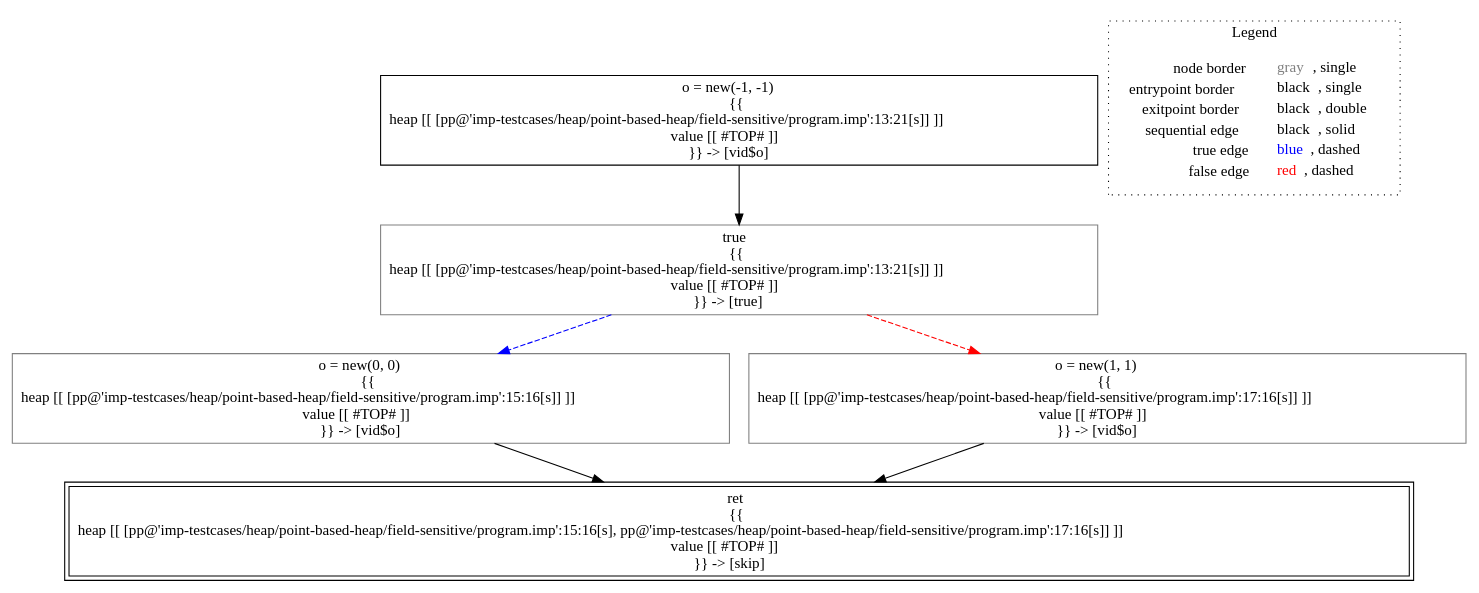
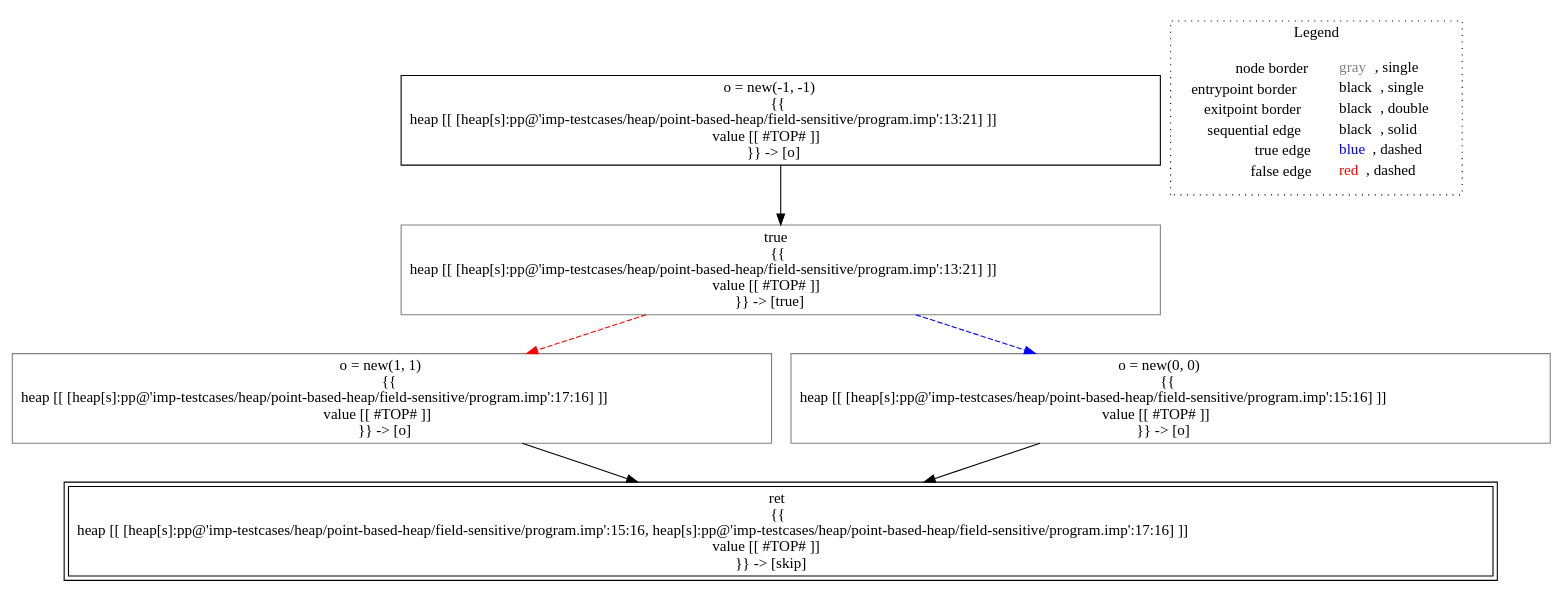
Before and after one commit to lisa-analyzer/lisa: the diagram in lisa/imp-testcases/heap/point-based-heap/field-sensitive/analysis___untyped_A.f2(A_this).dot, drawn with Graphviz. The commit also changed 65 other files, not shown here.

```diff
--- a/lisa/imp-testcases/heap/point-based-heap/field-sensitive/analysis___untyped_A.f2(A_this).dot
+++ b/lisa/imp-testcases/heap/point-based-heap/field-sensitive/analysis___untyped_A.f2(A_this).dot
@@ -1,19 +1,19 @@
 digraph {
-	"node0" [shape="rect",color="black",label=<o = new(-1, -1)<BR/>{{<BR/>heap [[ [pp@'imp-testcases/heap/point-based-heap/field-sensitive/program.imp':13:21[s]] ]]<BR/>value [[ #TOP# ]]<BR/>}} -&gt; [vid$o]>];
-	"node1" [shape="rect",color="gray",label=<true<BR/>{{<BR/>heap [[ [pp@'imp-testcases/heap/point-based-heap/field-sensitive/program.imp':13:21[s]] ]]<BR/>value [[ #TOP# ]]<BR/>}} -&gt; [true]>];
-	"node2" [shape="rect",color="black",peripheries="2",label=<ret<BR/>{{<BR/>heap [[ [pp@'imp-testcases/heap/point-based-heap/field-sensitive/program.imp':15:16[s], pp@'imp-testcases/heap/point-based-heap/field-sensitive/program.imp':17:16[s]] ]]<BR/>value [[ #TOP# ]]<BR/>}} -&gt; [skip]>];
-	"node3" [shape="rect",color="gray",label=<o = new(0, 0)<BR/>{{<BR/>heap [[ [pp@'imp-testcases/heap/point-based-heap/field-sensitive/program.imp':15:16[s]] ]]<BR/>value [[ #TOP# ]]<BR/>}} -&gt; [vid$o]>];
-	"node4" [shape="rect",color="gray",label=<o = new(1, 1)<BR/>{{<BR/>heap [[ [pp@'imp-testcases/heap/point-based-heap/field-sensitive/program.imp':17:16[s]] ]]<BR/>value [[ #TOP# ]]<BR/>}} -&gt; [vid$o]>];
-	"node0" -> "node1" [color="black"];
-	"node1" -> "node3" [color="blue",style="dashed"];
-	"node1" -> "node4" [color="red",style="dashed"];
-	"node3" -> "node2" [color="black"];
-	"node4" -> "node2" [color="black"];
+	"node0" [shape="rect",color="black",label=<o = new(-1, -1)<BR/>{{<BR/>heap [[ [heap[s]:pp@'imp-testcases/heap/point-based-heap/field-sensitive/program.imp':13:21] ]]<BR/>value [[ #TOP# ]]<BR/>}} -&gt; [o]>];
+	"node1" [shape="rect",color="gray",label=<o = new(1, 1)<BR/>{{<BR/>heap [[ [heap[s]:pp@'imp-testcases/heap/point-based-heap/field-sensitive/program.imp':17:16] ]]<BR/>value [[ #TOP# ]]<BR/>}} -&gt; [o]>];
+	"node2" [shape="rect",color="gray",label=<o = new(0, 0)<BR/>{{<BR/>heap [[ [heap[s]:pp@'imp-testcases/heap/point-based-heap/field-sensitive/program.imp':15:16] ]]<BR/>value [[ #TOP# ]]<BR/>}} -&gt; [o]>];
+	"node3" [shape="rect",color="gray",label=<true<BR/>{{<BR/>heap [[ [heap[s]:pp@'imp-testcases/heap/point-based-heap/field-sensitive/program.imp':13:21] ]]<BR/>value [[ #TOP# ]]<BR/>}} -&gt; [true]>];
+	"node4" [shape="rect",color="black",peripheries="2",label=<ret<BR/>{{<BR/>heap [[ [heap[s]:pp@'imp-testcases/heap/point-based-heap/field-sensitive/program.imp':15:16, heap[s]:pp@'imp-testcases/heap/point-based-heap/field-sensitive/program.imp':17:16] ]]<BR/>value [[ #TOP# ]]<BR/>}} -&gt; [skip]>];
+	"node1" -> "node4" [color="black"];
+	"node2" -> "node4" [color="black"];
+	"node3" -> "node1" [color="red",style="dashed"];
+	"node3" -> "node2" [color="blue",style="dashed"];
+	"node0" -> "node3" [color="black"];
 subgraph cluster_legend {
 	label="Legend";
 	style=dotted;
 	node [shape=plaintext];
 	"legend" [label=<<table border="0" cellpadding="2" cellspacing="0" cellborder="0"><tr><td align="right">node border&nbsp;</td><td align="left"><font color="gray">gray</font>, single</td></tr><tr><td align="right">entrypoint border&nbsp;</td><td align="left"><font color="black">black</font>, single</td></tr><tr><td align="right">exitpoint border&nbsp;</td><td align="left"><font color="black">black</font>, double</td></tr><tr><td align="right">sequential edge&nbsp;</td><td align="left"><font color="black">black</font>, solid</td></tr><tr><td align="right">true edge&nbsp;</td><td align="left"><font color="blue">blue</font>, dashed</td></tr><tr><td align="right">false edge&nbsp;</td><td align="left"><font color="red">red</font>, dashed</td></tr></table>>];
 }
 
 }
```
